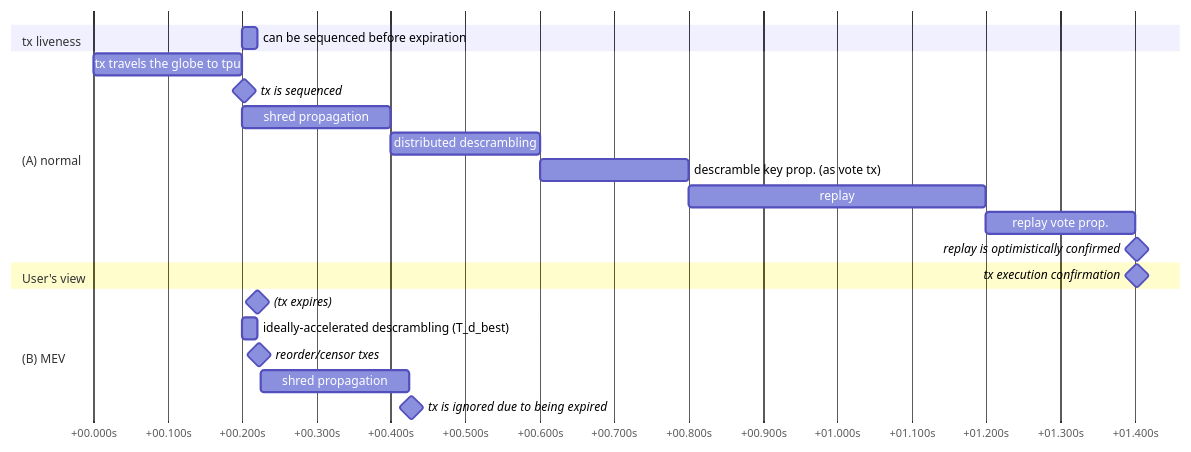
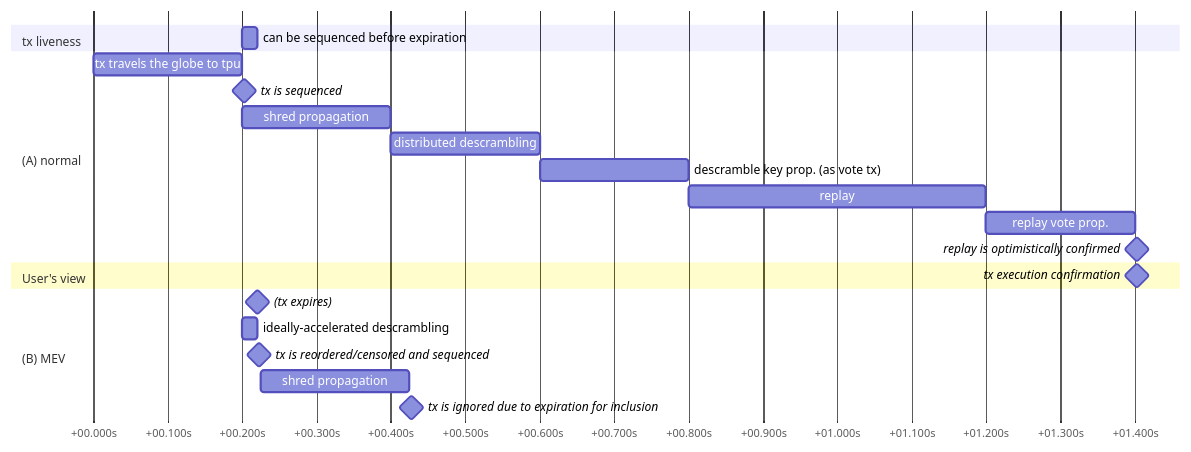
Before and after one commit to solana-foundation/solana-improvement-documents: the diagram in proposals/0074-scrambled-transaction.md, drawn with Mermaid.

Commit message:
tweak diagram

````diff
--- a/proposals/0074-scrambled-transaction.md
+++ b/proposals/0074-scrambled-transaction.md
@@ -121,24 +121,24 @@
 ```mermaid
 gantt
     dateFormat SSS
     axisFormat +%S.%Ls
     section tx liveness
     can be sequenced before expiration  :200, 20ms
     section (A) normal
     tx travels the globe to tpu   :a1, 000, 200ms
     tx is sequenced          :milestone, after a1, 5ms
     shred propagation               :a2, after a1, 200ms
     distributed descrambling          :a33, after a2, 200ms
     descramble key prop. (as vote tx)          :a3, after a33, 200ms
     replay                :a4, after a3, 400ms
     replay vote prop.         :a5, after a4, 200ms
     replay is optimistically confirmed :milestone, after a5, 5ms
     section User's view
     tx execution confirmation :milestone, after a5, 5ms
     section (B) MEV
     (tx expires) :milestone, 220, 0ms
-    ideally-accelerated descrambling (T_d_best): ai, after a1, 20ms
-    reorder/censor txes :milestone, mev, after ai, 5ms
+    ideally-accelerated descrambling: ai, after a1, 20ms
+    tx is reordered/censored and sequenced :milestone, mev, after ai, 5ms
     shred propagation               :mev2, after mev, 200ms
-    tx is ignored due to being expired: milestone, after mev2, 5ms
+    tx is ignored due to expiration for inclusion: milestone, after mev2, 5ms
 ```
````
